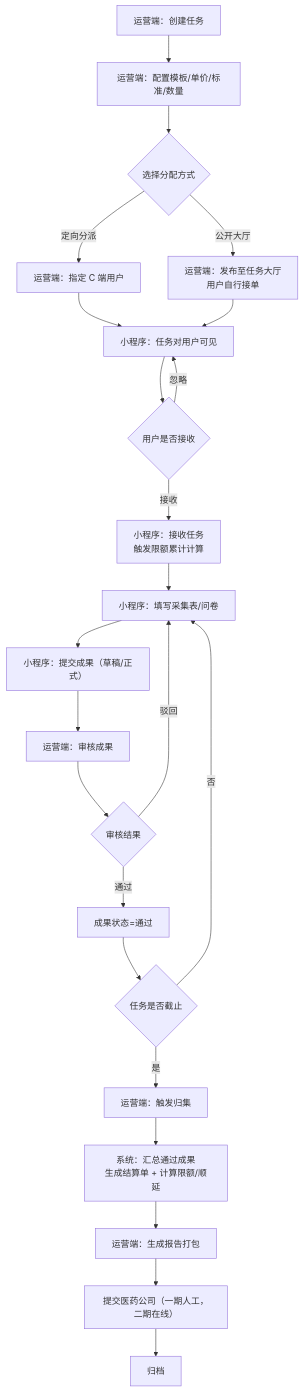
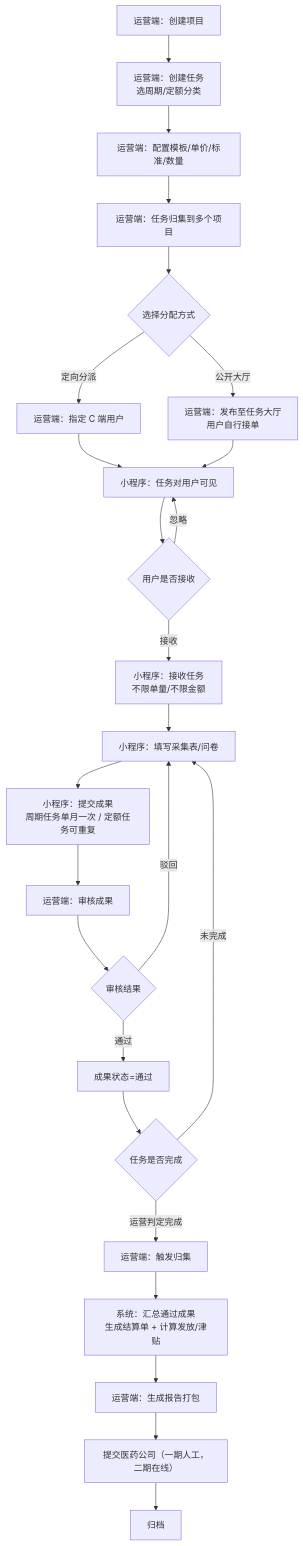
One commit to Echo-Note/FastapiAdmin changed the first of 10 diagrams in docs/03-流程与状态流转.md. Above: the diagram before and after it, drawn with Mermaid. The commit also changed other lines of this file and 2 other files, not shown here.

````diff
--- a/docs/03-流程与状态流转.md
+++ b/docs/03-流程与状态流转.md
@@ -13,25 +13,27 @@
 ```mermaid
 flowchart TD
-    A[运营端：创建任务] --> B[运营端：配置模板/单价/标准/数量]
-    B --> C{选择分配方式}
+    A[运营端：创建项目] --> A1[运营端：创建任务<br/>选周期/定额分类]
+    A1 --> B[运营端：配置模板/单价/标准/数量]
+    B --> B1[运营端：任务归集到多个项目]
+    B1 --> C{选择分配方式}
     C -->|定向分派| C1[运营端：指定 C 端用户]
     C -->|公开大厅| C2[运营端：发布至任务大厅<br/>用户自行接单]
     C1 --> D[小程序：任务对用户可见]
     C2 --> D
     D --> E{用户是否接收}
-    E -->|接收| F[小程序：接收任务<br/>触发限额累计计算]
+    E -->|接收| F[小程序：接收任务<br/>不限单量/不限金额]
     E -->|忽略| D
     F --> G[小程序：填写采集表/问卷]
-    G --> H[小程序：提交成果（草稿/正式）]
+    G --> H[小程序：提交成果<br/>周期任务单月一次 / 定额任务可重复]
     H --> I[运营端：审核成果]
     I --> J{审核结果}
     J -->|通过| K[成果状态=通过]
     J -->|驳回| G
-    K --> L{任务是否截止}
-    L -->|否| G
-    L -->|是| M[运营端：触发归集]
-    M --> N[系统：汇总通过成果<br/>生成结算单 + 计算限额/顺延]
+    K --> L{任务是否完成}
+    L -->|运营判定完成| M[运营端：触发归集]
+    L -->|未完成| G
+    M --> N[系统：汇总通过成果<br/>生成结算单 + 计算发放/津贴]
     N --> O[运营端：生成报告打包]
     O --> P[提交医药公司（一期人工，二期在线）]
     P --> Q[归档]
 ```
````
